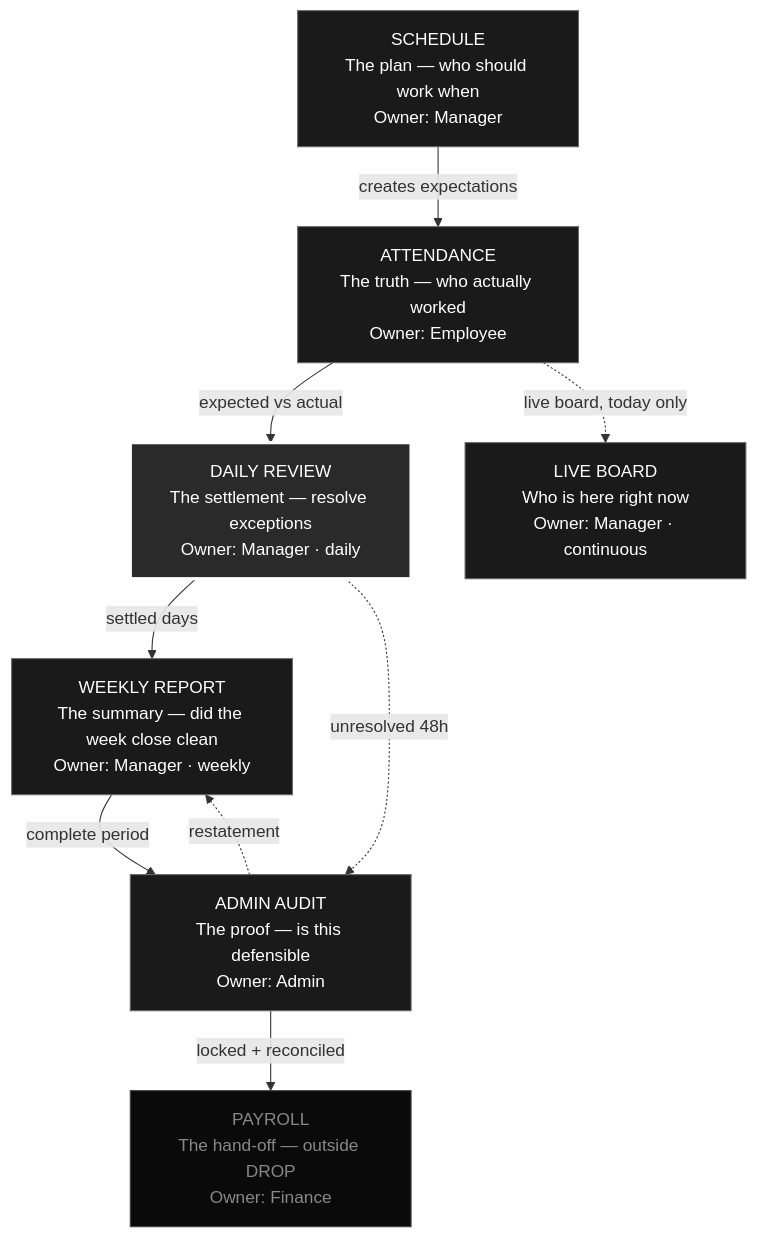
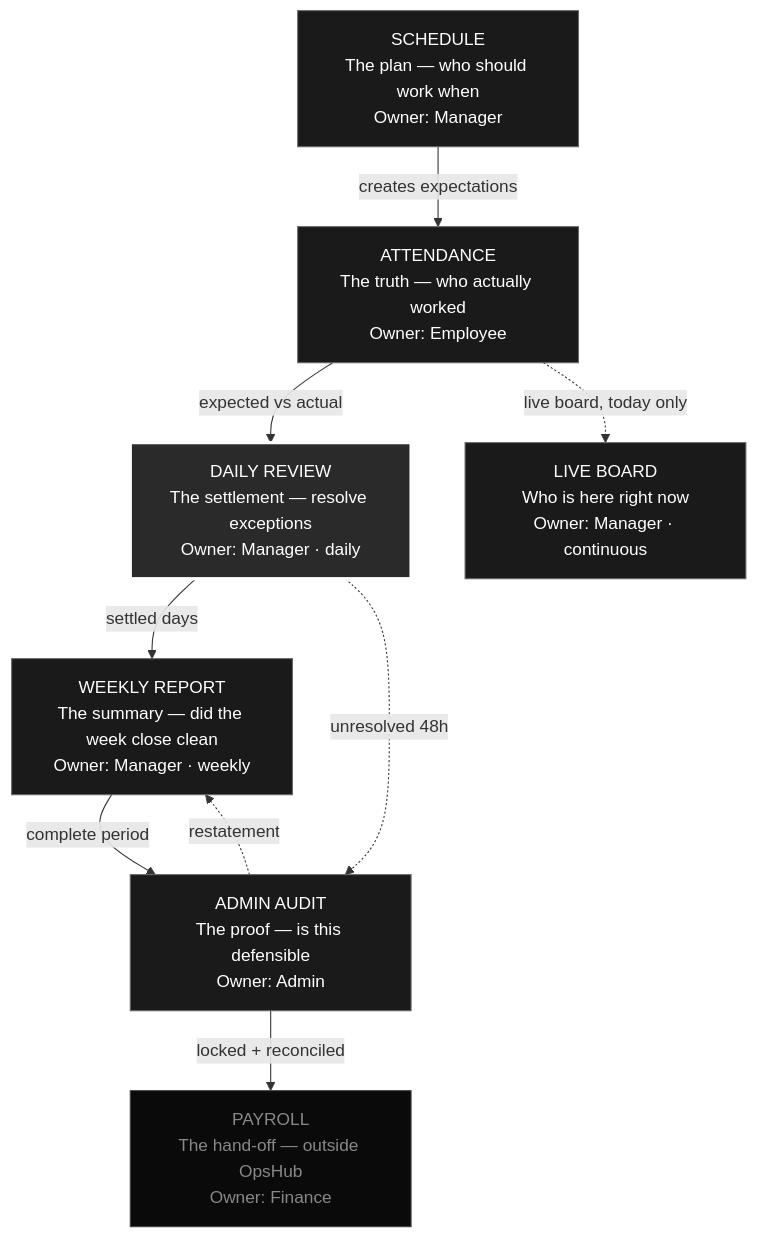
Before and after one commit to ZiadElsewedy/Ops-Hub: the seventh of 7 diagrams in docs/design/ATTENDANCE_PRODUCT_REDESIGN_PLAN.md, drawn with Mermaid. The commit also changed other lines of this file and 31 other files, not shown here.

First line of the commit message:
docs: rebrand documentation to OpsHub + fix naming-convention section

````diff
--- a/docs/design/ATTENDANCE_PRODUCT_REDESIGN_PLAN.md
+++ b/docs/design/ATTENDANCE_PRODUCT_REDESIGN_PLAN.md
@@ -1514,21 +1514,21 @@
 ```mermaid
 flowchart TD
     SCH[SCHEDULE<br/>The plan — who should work when<br/>Owner: Manager] 
     SCH -->|creates expectations| ATT[ATTENDANCE<br/>The truth — who actually worked<br/>Owner: Employee]
     ATT -->|expected vs actual| DR[DAILY REVIEW<br/>The settlement — resolve exceptions<br/>Owner: Manager · daily]
     DR -->|settled days| WR[WEEKLY REPORT<br/>The summary — did the week close clean<br/>Owner: Manager · weekly]
     WR -->|complete period| AA[ADMIN AUDIT<br/>The proof — is this defensible<br/>Owner: Admin]
-    AA -->|locked + reconciled| PAY[PAYROLL<br/>The hand-off — outside DROP<br/>Owner: Finance]
+    AA -->|locked + reconciled| PAY[PAYROLL<br/>The hand-off — outside OpsHub<br/>Owner: Finance]
 
     DR -.unresolved 48h.-> AA
     AA -.restatement.-> WR
     ATT -.live board, today only.-> LB[LIVE BOARD<br/>Who is here right now<br/>Owner: Manager · continuous]
 
     style SCH fill:#1a1a1a,stroke:#666,color:#fff
     style ATT fill:#1a1a1a,stroke:#666,color:#fff
     style DR fill:#2a2a2a,stroke:#fff,stroke-width:3px,color:#fff
     style WR fill:#1a1a1a,stroke:#666,color:#fff
     style AA fill:#1a1a1a,stroke:#666,color:#fff
     style PAY fill:#0a0a0a,stroke:#444,color:#888
     style LB fill:#1a1a1a,stroke:#666,color:#fff
 ```
````
